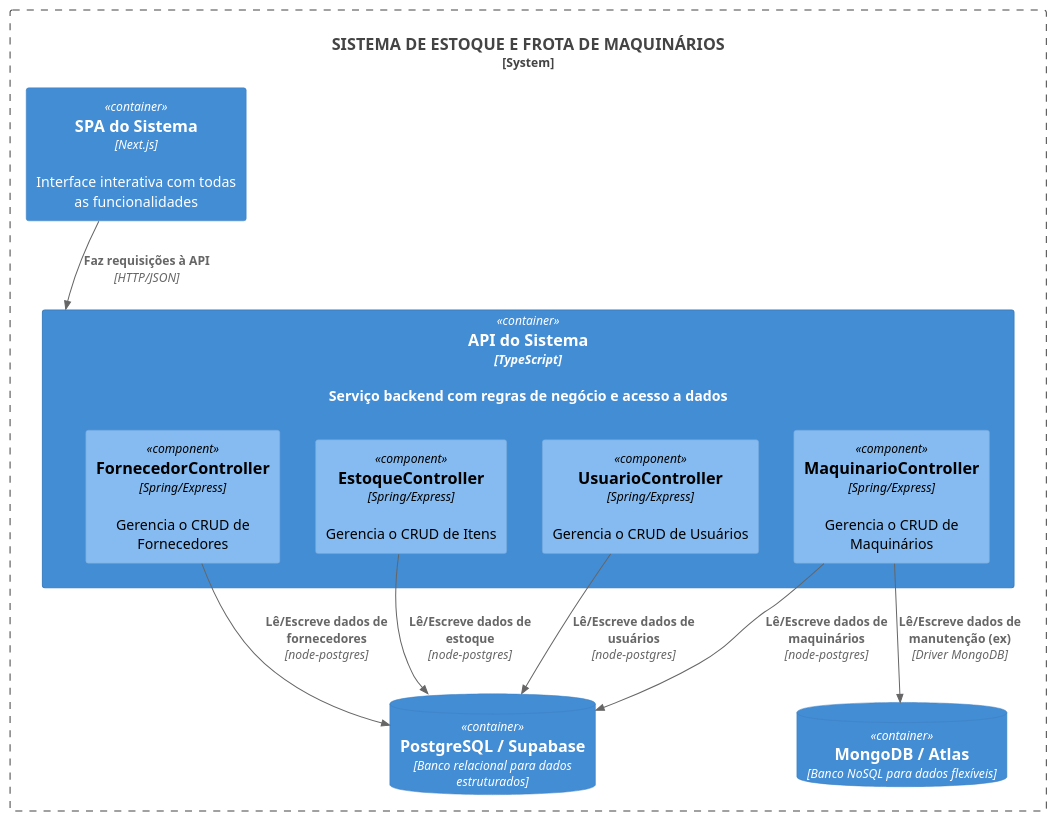
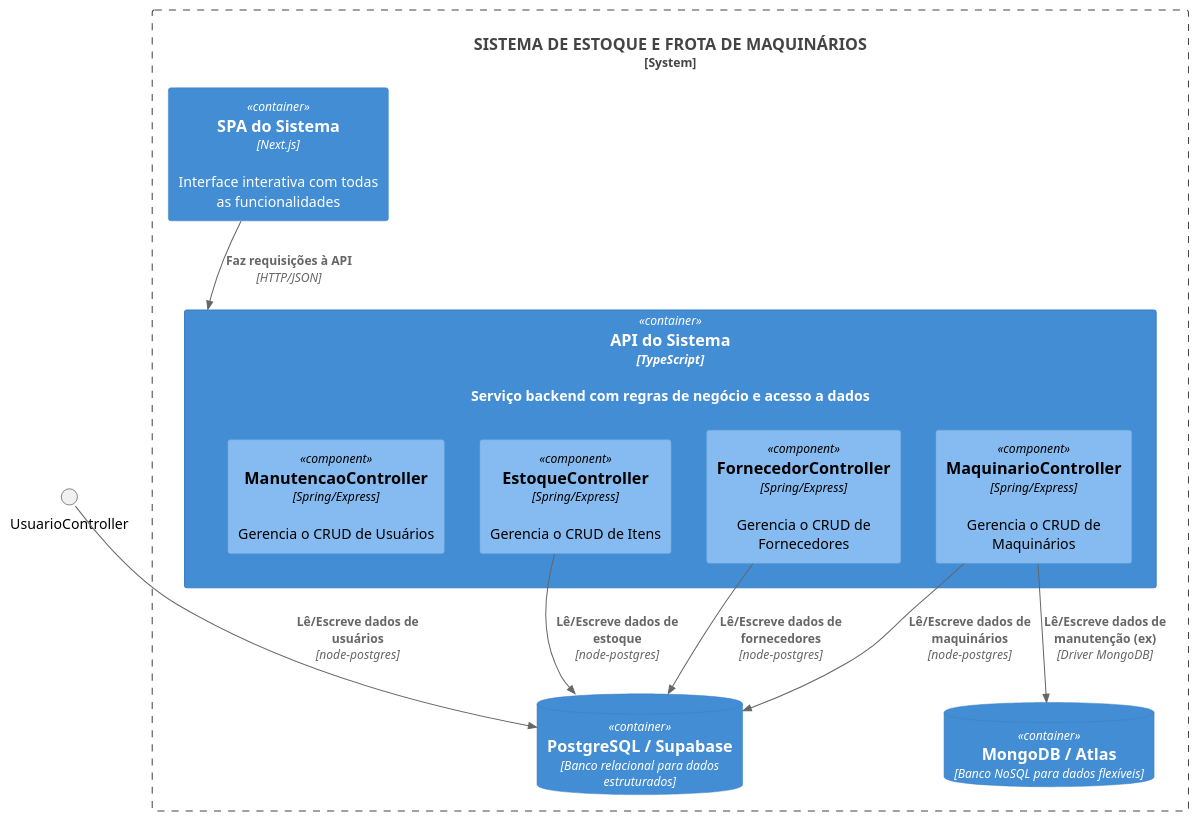
The diagram in 2- ARQUITETURA/component.puml (SPD-BES-2025-3/grupo10), drawn with PlantUML before and after one commit. The commit also changed 22 other files, not shown here.

```diff
--- a/2- ARQUITETURA/component.puml
+++ b/2- ARQUITETURA/component.puml
@@ -1,33 +1,33 @@
 @startuml
 !include <C4/C4_Container>
 !include <C4/C4_Component>
 
 ' A fronteira do sistema envolve todos os containers'
 System_Boundary(SEM, "SISTEMA DE ESTOQUE E FROTA DE MAQUINÁRIOS") {
     
     Container(SPA, "SPA do Sistema", "Next.js", "Interface interativa com todas as funcionalidades")
 
     ' A API é um container que contém outros componentes'
     Container(API, "API do Sistema", "TypeScript", "Serviço backend com regras de negócio e acesso a dados") {
         Component(EstoqueController, "EstoqueController", "Spring/Express", "Gerencia o CRUD de Itens")
         Component(MaquinarioController, "MaquinarioController", "Spring/Express", "Gerencia o CRUD de Maquinários")
         Component(FornecedorController, "FornecedorController", "Spring/Express", "Gerencia o CRUD de Fornecedores")
-        Component(UsuarioController, "UsuarioController", "Spring/Express", "Gerencia o CRUD de Usuários")
+        Component(ManutencaoController, "ManutencaoController", "Spring/Express", "Gerencia o CRUD de Usuários")
     }
 
     ' Os bancos de dados são containers a parte, mas dentro da fronteira do sistema'
     ContainerDb(PostgreSQL, "PostgreSQL / Supabase", "Banco relacional para dados estruturados")
     ContainerDb(MongoDB, "MongoDB / Atlas", "Banco NoSQL para dados flexíveis")
 }
 
 ' Relacionamentos entre os containers
 Rel(SPA, API, "Faz requisições à API", "HTTP/JSON")
 
 ' Relacionamentos entre os componentes e os containers de banco de dados
 Rel(EstoqueController, PostgreSQL, "Lê/Escreve dados de estoque", "node-postgres")
 Rel(MaquinarioController, PostgreSQL, "Lê/Escreve dados de maquinários", "node-postgres")
 Rel(FornecedorController, PostgreSQL, "Lê/Escreve dados de fornecedores", "node-postgres")
 Rel(UsuarioController, PostgreSQL, "Lê/Escreve dados de usuários", "node-postgres")
 Rel(MaquinarioController, MongoDB, "Lê/Escreve dados de manutenção (ex)", "Driver MongoDB")
 
 @enduml
```
